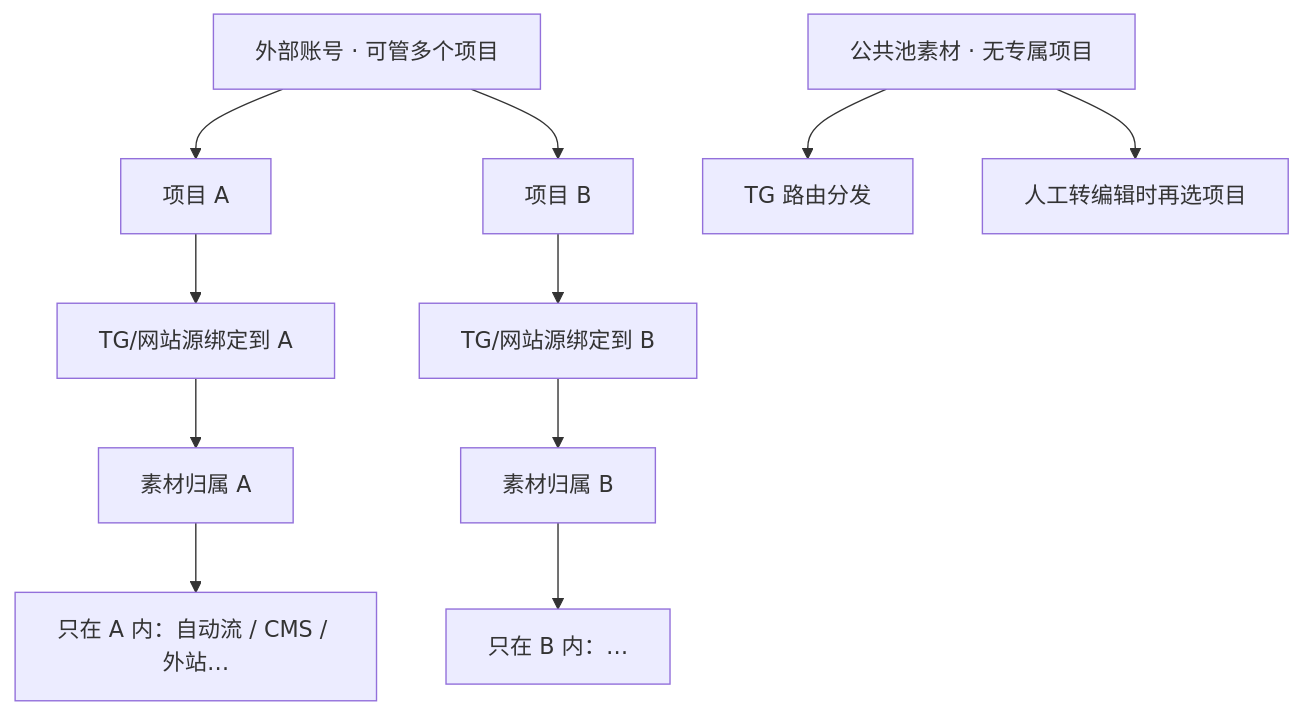
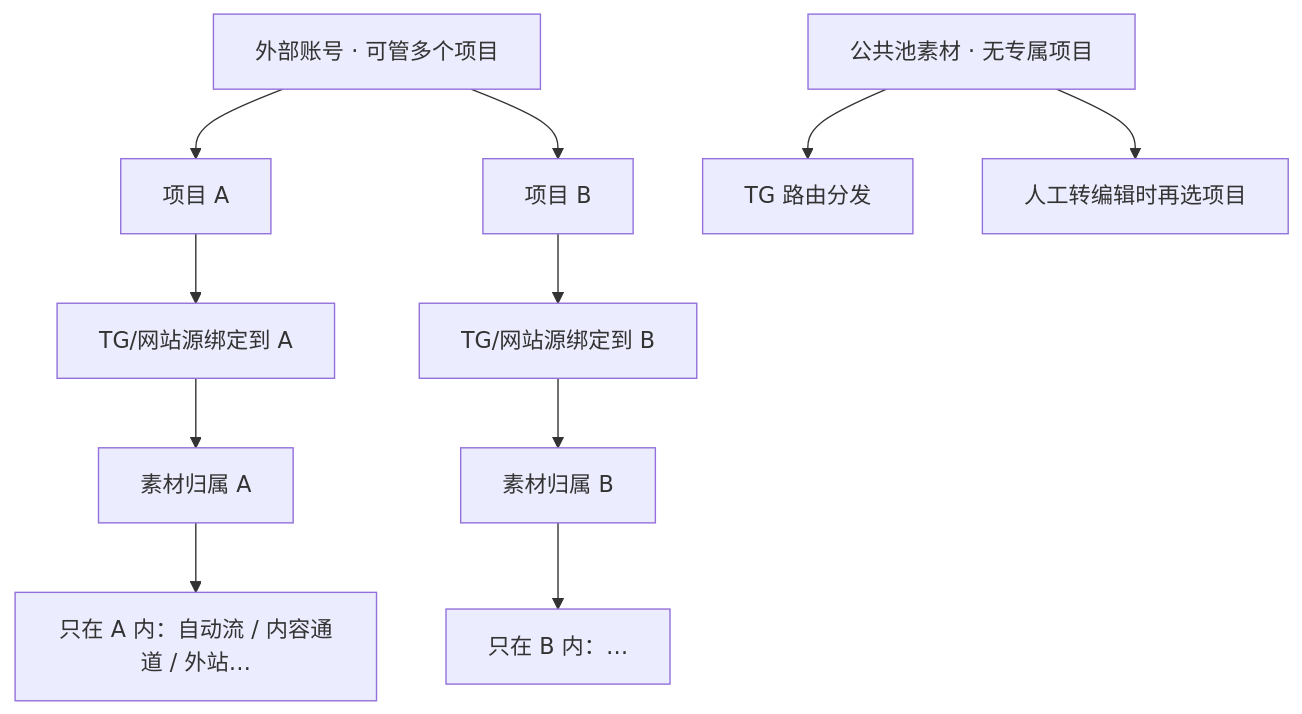
One commit to limliu520/OverseasCompany changed the seventh of 10 diagrams in fangzhou/方舟-To-Be主流程泳道图.md. Above: the diagram before and after it, drawn with Mermaid. The commit also changed other lines of this file and 32 other files, not shown here.

````diff
--- a/fangzhou/方舟-To-Be主流程泳道图.md
+++ b/fangzhou/方舟-To-Be主流程泳道图.md
@@ -275,16 +276,16 @@
 ```mermaid
 flowchart TB
   ACC[外部账号 · 可管多个项目]
   ACC --> P1[项目 A]
   ACC --> P2[项目 B]
   P1 --> B1[TG/网站源绑定到 A]
   P2 --> B2[TG/网站源绑定到 B]
   B1 --> M1[素材归属 A]
   B2 --> M2[素材归属 B]
-  M1 --> D1[只在 A 内：自动流 / CMS / 外站…]
+  M1 --> D1[只在 A 内：自动流 / 内容通道 / 外站…]
   M2 --> D2[只在 B 内：…]
 
   POOL[公共池素材 · 无专属项目]
   POOL --> R[TG 路由分发]
   POOL --> H[人工转编辑时再选项目]
 ```
````
